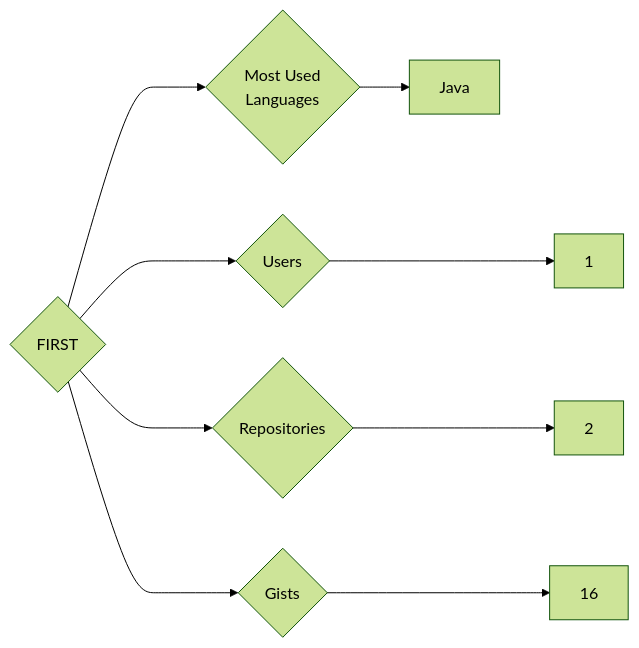
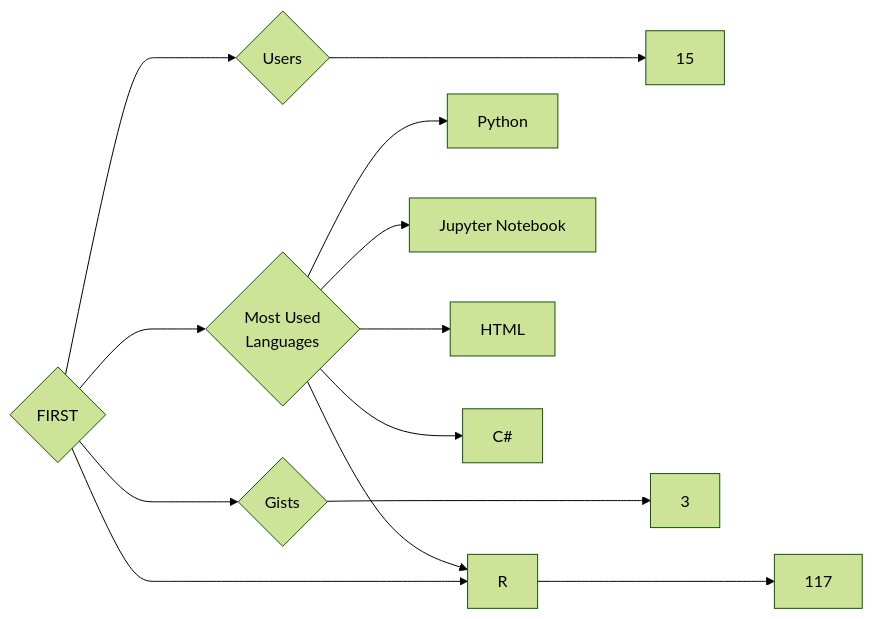
The diagram in targets/FIRST/README.md (trickest/insiders), drawn with Mermaid (forest theme) before and after one commit. The commit also changed 888 other files, not shown here.

````diff
--- a/targets/FIRST/README.md
+++ b/targets/FIRST/README.md
@@ -3,9 +3,13 @@
 ```mermaid
 graph LR
 COMPANY_NAME{FIRST}
-COMPANY_NAME ---> U{Users} ---> UN[1]
-COMPANY_NAME ---> R{Repositories} ---> RN[2]
-COMPANY_NAME ---> G{Gists} ---> GN[16]
+COMPANY_NAME ---> U{Users} ---> UN[15]
+COMPANY_NAME ---> R{Repositories} ---> RN[117]
+COMPANY_NAME ---> G{Gists} ---> GN[3]
 COMPANY_NAME ---> ML{Most Used<br>Languages}
-ML --> Java[Java]
+ML --> Python[Python]
+ML --> Jupyter_Notebook[Jupyter Notebook]
+ML --> R[R]
+ML --> HTML[HTML]
+ML --> C#[C#]
 ```
````
